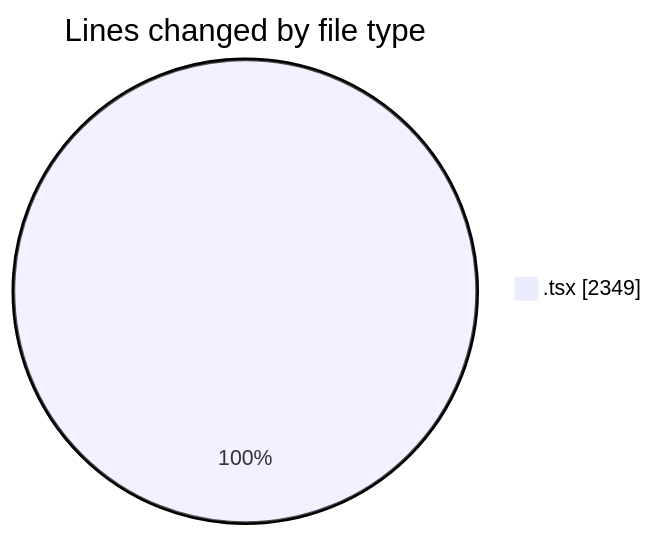
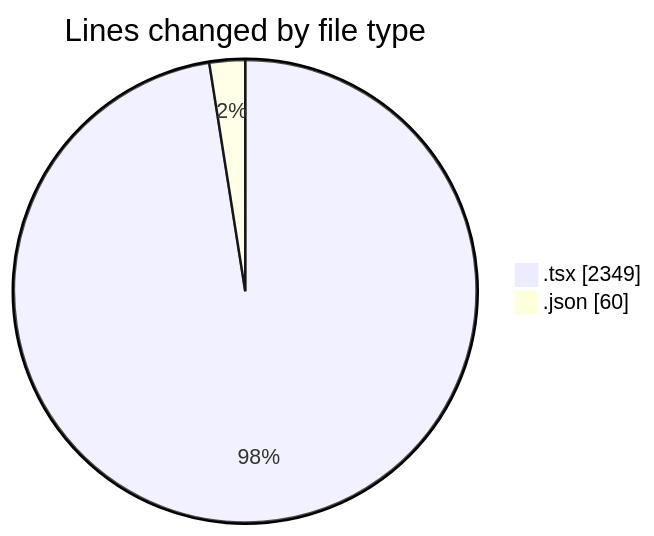
The first of 2 diagrams in 2025-12-08/cda/README.md (momahboobian/code-tracking), drawn with Mermaid before and after one commit. The commit also changed other lines of this file and 1 other file, not shown here.

````diff
--- a/2025-12-08/cda/README.md
+++ b/2025-12-08/cda/README.md
@@ -22,5 +23,6 @@
 ```mermaid
 pie showData
 title Lines changed by file type
 ".tsx" : 2349
+".json" : 60
 ```
````
